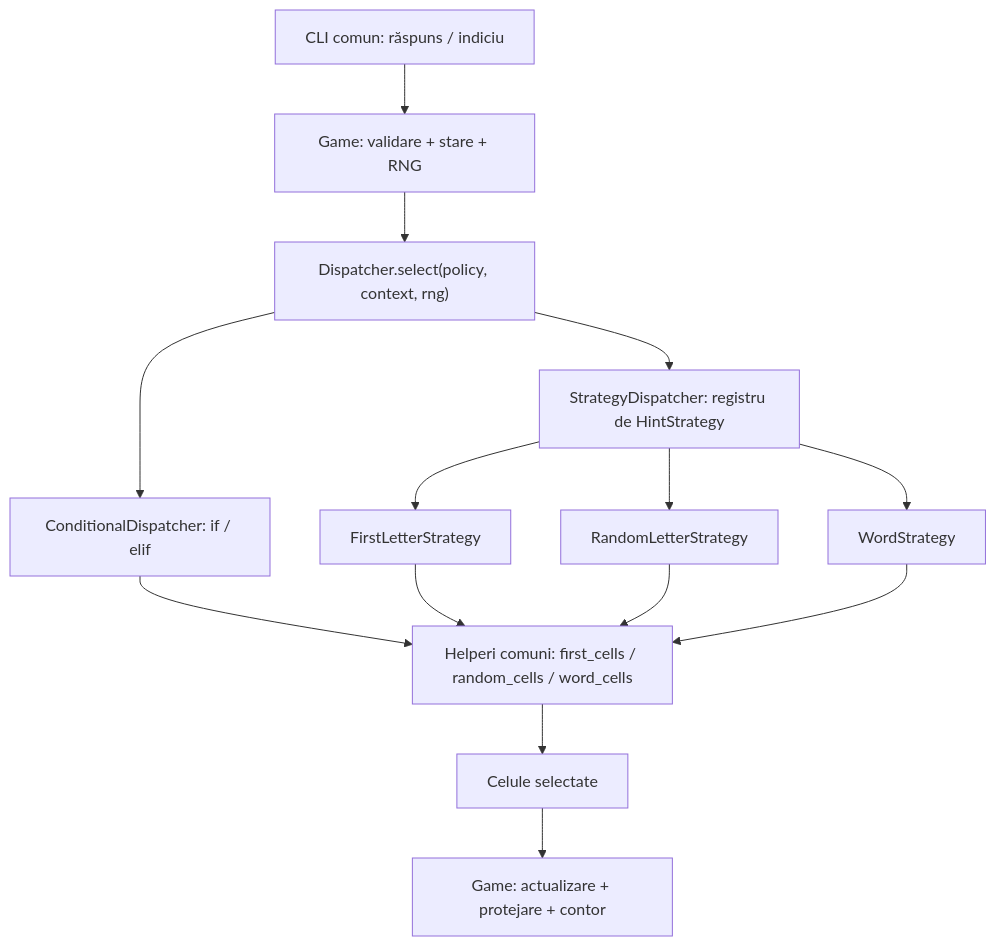
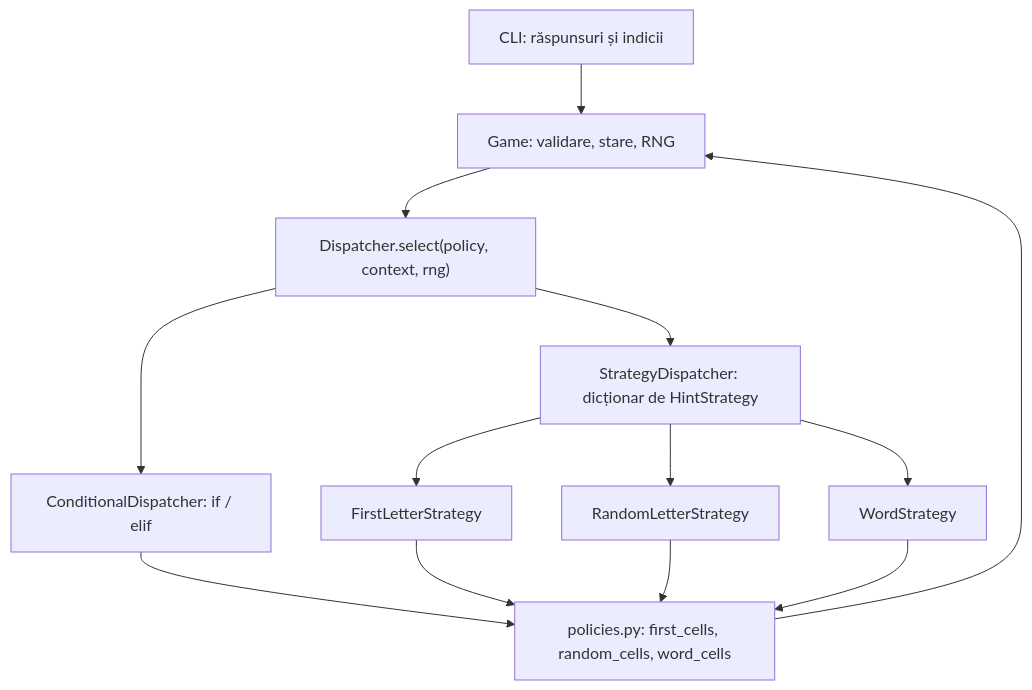
One commit to nadolualex/sasps-crosswords changed the first of 2 diagrams in docs/ARCHITECTURE.md. Above: the diagram before and after it, drawn with Mermaid. The commit also changed other lines of this file and 17 other files, not shown here.

````diff
--- a/docs/ARCHITECTURE.md
+++ b/docs/ARCHITECTURE.md
@@ -3,16 +3,15 @@
 ```mermaid
 flowchart TD
-    CLI["CLI comun: răspuns / indiciu"] --> Game["Game: validare + stare + RNG"]
+    CLI["CLI: răspunsuri și indicii"] --> Game["Game: validare, stare, RNG"]
     Game --> Port["Dispatcher.select(policy, context, rng)"]
     Port --> C["ConditionalDispatcher: if / elif"]
-    Port --> S["StrategyDispatcher: registru de HintStrategy"]
+    Port --> S["StrategyDispatcher: dicționar de HintStrategy"]
     S --> F["FirstLetterStrategy"]
     S --> R["RandomLetterStrategy"]
     S --> W["WordStrategy"]
-    C --> Helpers["Helperi comuni: first_cells / random_cells / word_cells"]
+    C --> Helpers["policies.py: first_cells, random_cells, word_cells"]
     F --> Helpers
     R --> Helpers
     W --> Helpers
-    Helpers --> Selected["Celule selectate"]
-    Selected --> Apply["Game: actualizare + protejare + contor"]
+    Helpers --> Game
 ```
````
